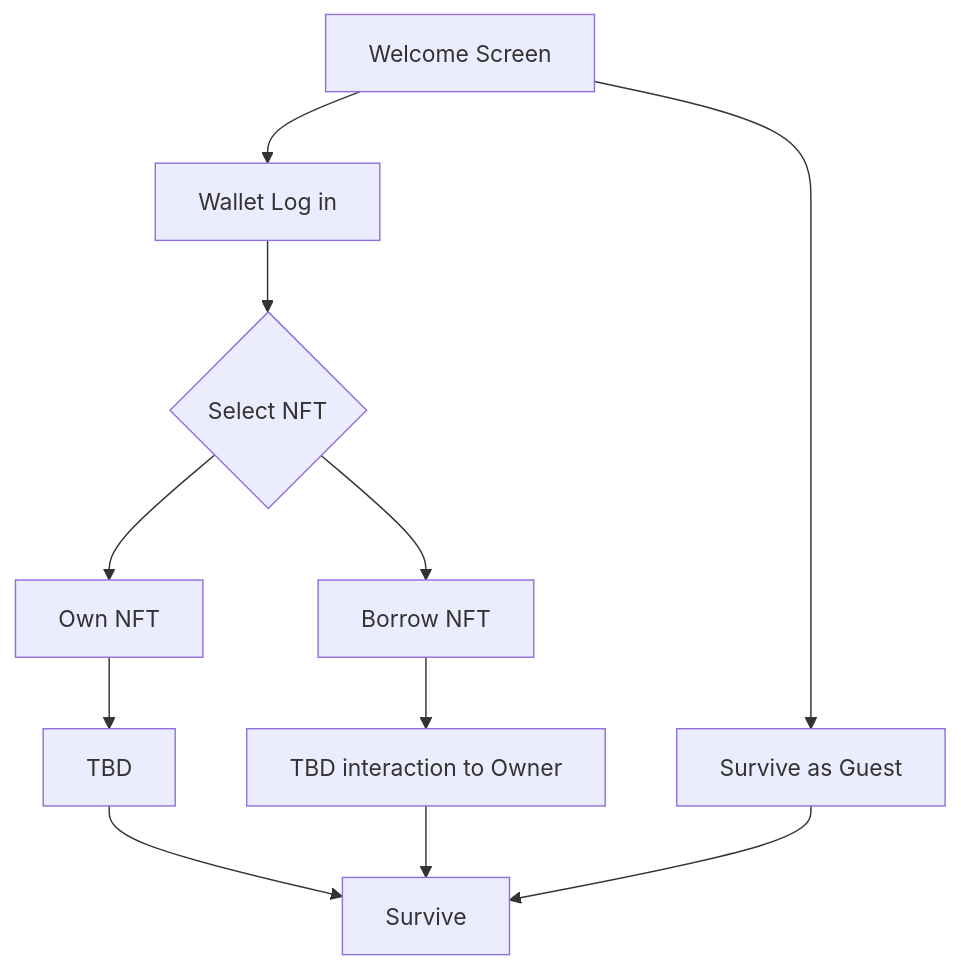
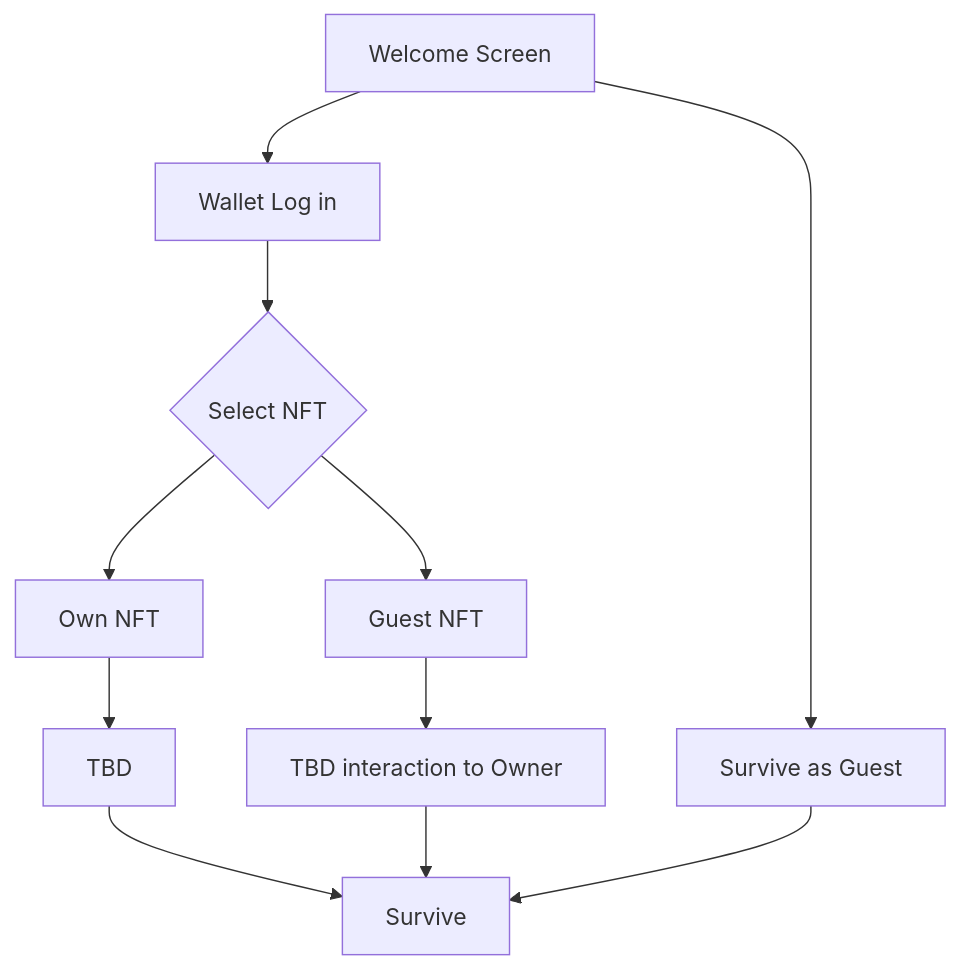
The second of 4 diagrams in README.md (OnChainSurvivor/OnChainSurvivor), drawn with Mermaid before and after one commit.

````diff
--- a/README.md
+++ b/README.md
@@ -126,13 +126,13 @@
   ```mermaid
   graph TD
 A[Welcome Screen] --> B[Wallet Log in]
 A --> C[Survive as Guest]
 B --> D{Select NFT}
 D --> E[Own NFT]
-D --> F[Borrow NFT]
+D --> F[Guest NFT]
 E --> G[TBD]
 F --> H[TBD interaction to Owner]
 G --> I[Survive]
 H --> I
 C --> I
 ```
````
